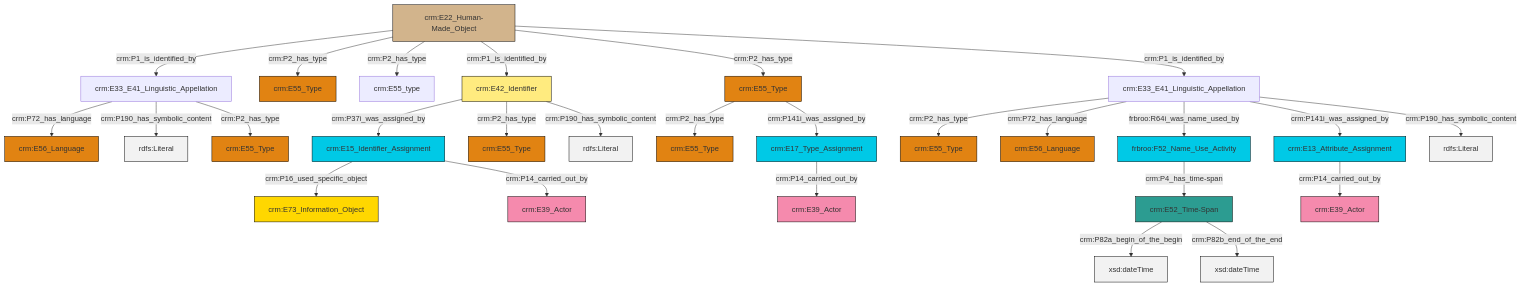
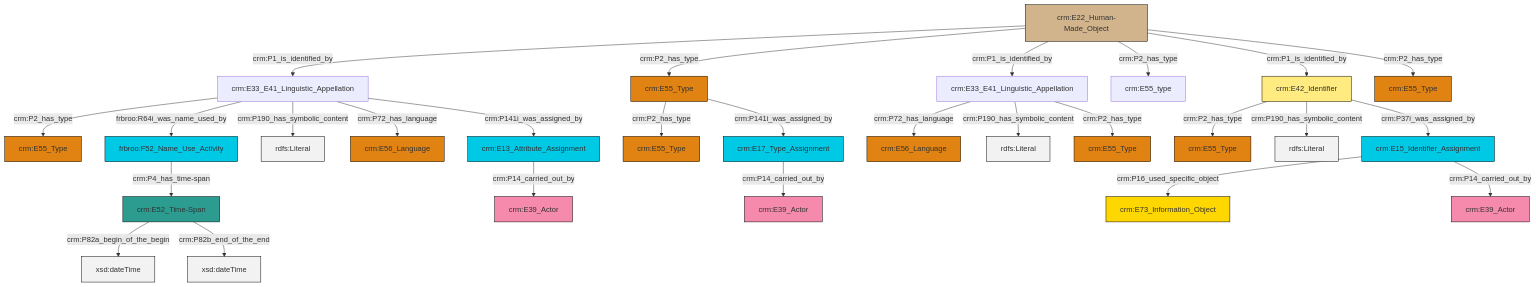
Before and after one commit to swiss-art-research-net/docs.swissartresearch: the diagram in et/builtWorkCSV/ttl/mmd/Built_Work_Names.ttl.mmd, drawn with Mermaid. The commit also changed 176 other files, not shown here.

```diff
--- a/et/builtWorkCSV/ttl/mmd/Built_Work_Names.ttl.mmd
+++ b/et/builtWorkCSV/ttl/mmd/Built_Work_Names.ttl.mmd
@@ -1,41 +1,41 @@
 graph TD
 classDef Literal fill:#f2f2f2,stroke:#000000;
 classDef CRM_Entity fill:#FFFFFF,stroke:#000000;
 classDef Temporal_Entity fill:#00C9E6, stroke:#000000;
 classDef Type fill:#E18312, stroke:#000000;
 classDef Time-Span fill:#2C9C91, stroke:#000000;
 classDef Appellation fill:#FFEB7F, stroke:#000000;
 classDef Place fill:#008836, stroke:#000000;
 classDef Persistent_Item fill:#B266B2, stroke:#000000;
 classDef Conceptual_Object fill:#FFD700, stroke:#000000;
 classDef Physical_Thing fill:#D2B48C, stroke:#000000;
 classDef Actor fill:#f58aad, stroke:#000000;
 classDef PC_Classes fill:#4ce600, stroke:#000000;
 classDef Multi fill:#cccccc,stroke:#000000;
 
-2["crm:E33_E41_Linguistic_Appellation"]:::Default -->|crm:P2_has_type| 0["crm:E55_Type"]:::Type
-3["crm:E17_Type_Assignment"]:::Temporal_Entity -->|crm:P14_carried_out_by| 4["crm:E39_Actor"]:::Actor
-7["crm:E22_Human-Made_Object"]:::Physical_Thing -->|crm:P1_is_identified_by| 8["crm:E33_E41_Linguistic_Appellation"]:::Default
-9["crm:E42_Identifier"]:::Appellation -->|crm:P37i_was_assigned_by| 10["crm:E15_Identifier_Assignment"]:::Temporal_Entity
-13["crm:E55_Type"]:::Type -->|crm:P2_has_type| 14["crm:E55_Type"]:::Type
-7["crm:E22_Human-Made_Object"]:::Physical_Thing -->|crm:P2_has_type| 17["crm:E55_Type"]:::Type
-10["crm:E15_Identifier_Assignment"]:::Temporal_Entity -->|crm:P16_used_specific_object| 18["crm:E73_Information_Object"]:::Conceptual_Object
-8["crm:E33_E41_Linguistic_Appellation"]:::Default -->|crm:P72_has_language| 11["crm:E56_Language"]:::Type
-23["crm:E52_Time-Span"]:::Time-Span -->|crm:P82a_begin_of_the_begin| 24[xsd:dateTime]:::Literal
-2["crm:E33_E41_Linguistic_Appellation"]:::Default -->|crm:P72_has_language| 5["crm:E56_Language"]:::Type
-7["crm:E22_Human-Made_Object"]:::Physical_Thing -->|crm:P2_has_type| 26["crm:E55_type"]:::Default
-10["crm:E15_Identifier_Assignment"]:::Temporal_Entity -->|crm:P14_carried_out_by| 21["crm:E39_Actor"]:::Actor
-7["crm:E22_Human-Made_Object"]:::Physical_Thing -->|crm:P1_is_identified_by| 9["crm:E42_Identifier"]:::Appellation
-7["crm:E22_Human-Made_Object"]:::Physical_Thing -->|crm:P2_has_type| 13["crm:E55_Type"]:::Type
-9["crm:E42_Identifier"]:::Appellation -->|crm:P2_has_type| 30["crm:E55_Type"]:::Type
-23["crm:E52_Time-Span"]:::Time-Span -->|crm:P82b_end_of_the_end| 37[xsd:dateTime]:::Literal
-19["crm:E13_Attribute_Assignment"]:::Temporal_Entity -->|crm:P14_carried_out_by| 33["crm:E39_Actor"]:::Actor
-8["crm:E33_E41_Linguistic_Appellation"]:::Default -->|crm:P190_has_symbolic_content| 39[rdfs:Literal]:::Literal
-2["crm:E33_E41_Linguistic_Appellation"]:::Default -->|frbroo:R64i_was_name_used_by| 15["frbroo:F52_Name_Use_Activity"]:::Temporal_Entity
-2["crm:E33_E41_Linguistic_Appellation"]:::Default -->|crm:P141i_was_assigned_by| 19["crm:E13_Attribute_Assignment"]:::Temporal_Entity
-7["crm:E22_Human-Made_Object"]:::Physical_Thing -->|crm:P1_is_identified_by| 2["crm:E33_E41_Linguistic_Appellation"]:::Default
-13["crm:E55_Type"]:::Type -->|crm:P141i_was_assigned_by| 3["crm:E17_Type_Assignment"]:::Temporal_Entity
-15["frbroo:F52_Name_Use_Activity"]:::Temporal_Entity -->|crm:P4_has_time-span| 23["crm:E52_Time-Span"]:::Time-Span
-2["crm:E33_E41_Linguistic_Appellation"]:::Default -->|crm:P190_has_symbolic_content| 48[rdfs:Literal]:::Literal
-8["crm:E33_E41_Linguistic_Appellation"]:::Default -->|crm:P2_has_type| 27["crm:E55_Type"]:::Type
-9["crm:E42_Identifier"]:::Appellation -->|crm:P190_has_symbolic_content| 49[rdfs:Literal]:::Literal
+0["crm:E52_Time-Span"]:::Time-Span -->|crm:P82a_begin_of_the_begin| 1[xsd:dateTime]:::Literal
+0["crm:E52_Time-Span"]:::Time-Span -->|crm:P82b_end_of_the_end| 4[xsd:dateTime]:::Literal
+5["crm:E22_Human-Made_Object"]:::Physical_Thing -->|crm:P1_is_identified_by| 6["crm:E33_E41_Linguistic_Appellation"]:::Default
+6["crm:E33_E41_Linguistic_Appellation"]:::Default -->|crm:P2_has_type| 13["crm:E55_Type"]:::Type
+14["crm:E42_Identifier"]:::Appellation -->|crm:P2_has_type| 15["crm:E55_Type"]:::Type
+16["crm:E15_Identifier_Assignment"]:::Temporal_Entity -->|crm:P16_used_specific_object| 17["crm:E73_Information_Object"]:::Conceptual_Object
+16["crm:E15_Identifier_Assignment"]:::Temporal_Entity -->|crm:P14_carried_out_by| 9["crm:E39_Actor"]:::Actor
+5["crm:E22_Human-Made_Object"]:::Physical_Thing -->|crm:P2_has_type| 20["crm:E55_Type"]:::Type
+5["crm:E22_Human-Made_Object"]:::Physical_Thing -->|crm:P1_is_identified_by| 2["crm:E33_E41_Linguistic_Appellation"]:::Default
+5["crm:E22_Human-Made_Object"]:::Physical_Thing -->|crm:P2_has_type| 7["crm:E55_type"]:::Default
+5["crm:E22_Human-Made_Object"]:::Physical_Thing -->|crm:P1_is_identified_by| 14["crm:E42_Identifier"]:::Appellation
+2["crm:E33_E41_Linguistic_Appellation"]:::Default -->|crm:P72_has_language| 31["crm:E56_Language"]:::Type
+27["frbroo:F52_Name_Use_Activity"]:::Temporal_Entity -->|crm:P4_has_time-span| 0["crm:E52_Time-Span"]:::Time-Span
+6["crm:E33_E41_Linguistic_Appellation"]:::Default -->|frbroo:R64i_was_name_used_by| 27["frbroo:F52_Name_Use_Activity"]:::Temporal_Entity
+6["crm:E33_E41_Linguistic_Appellation"]:::Default -->|crm:P190_has_symbolic_content| 34[rdfs:Literal]:::Literal
+14["crm:E42_Identifier"]:::Appellation -->|crm:P190_has_symbolic_content| 37[rdfs:Literal]:::Literal
+11["crm:E13_Attribute_Assignment"]:::Temporal_Entity -->|crm:P14_carried_out_by| 32["crm:E39_Actor"]:::Actor
+5["crm:E22_Human-Made_Object"]:::Physical_Thing -->|crm:P2_has_type| 18["crm:E55_Type"]:::Type
+20["crm:E55_Type"]:::Type -->|crm:P2_has_type| 41["crm:E55_Type"]:::Type
+2["crm:E33_E41_Linguistic_Appellation"]:::Default -->|crm:P190_has_symbolic_content| 45[rdfs:Literal]:::Literal
+24["crm:E17_Type_Assignment"]:::Temporal_Entity -->|crm:P14_carried_out_by| 39["crm:E39_Actor"]:::Actor
+6["crm:E33_E41_Linguistic_Appellation"]:::Default -->|crm:P72_has_language| 47["crm:E56_Language"]:::Type
+20["crm:E55_Type"]:::Type -->|crm:P141i_was_assigned_by| 24["crm:E17_Type_Assignment"]:::Temporal_Entity
+2["crm:E33_E41_Linguistic_Appellation"]:::Default -->|crm:P2_has_type| 29["crm:E55_Type"]:::Type
+6["crm:E33_E41_Linguistic_Appellation"]:::Default -->|crm:P141i_was_assigned_by| 11["crm:E13_Attribute_Assignment"]:::Temporal_Entity
+14["crm:E42_Identifier"]:::Appellation -->|crm:P37i_was_assigned_by| 16["crm:E15_Identifier_Assignment"]:::Temporal_Entity
```
